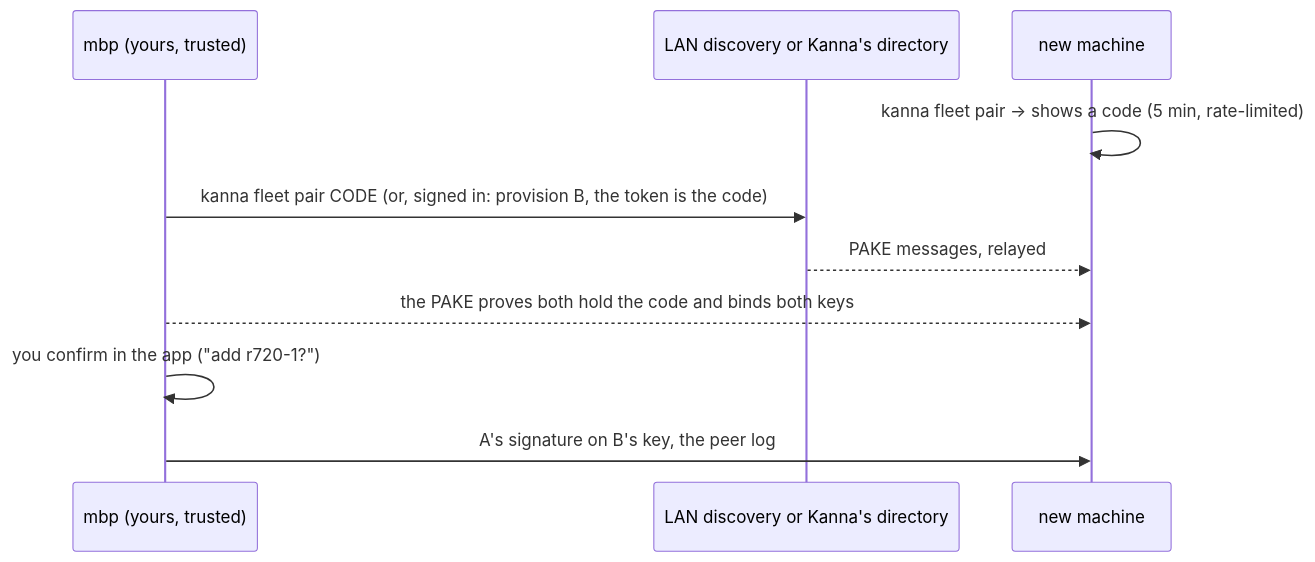
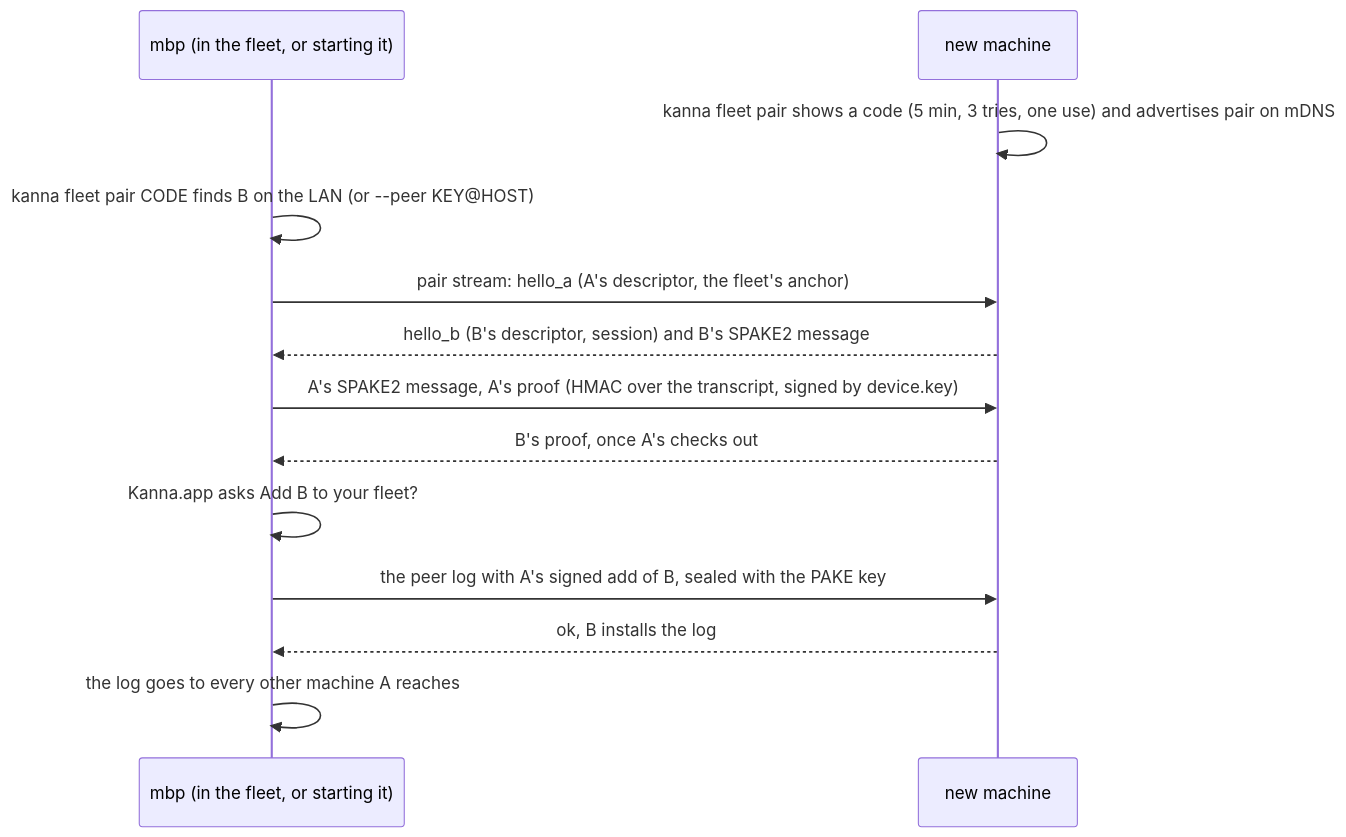
The diagram in docs/specs/fleet-identity.md (tampopogk/kanna), drawn with Mermaid before and after one commit. The commit also changed other lines of this file and 7 other files, not shown here.

First line of the commit message:
Kanna.app confirms a new machine; the spec and the pairing model follow the product

````diff
--- a/docs/specs/fleet-identity.md
+++ b/docs/specs/fleet-identity.md
@@ -29,12 +30,15 @@
 ```mermaid
 sequenceDiagram
-    participant A as mbp (yours, trusted)
-    participant DIR as LAN discovery or Kanna's directory
+    participant A as mbp (in the fleet, or starting it)
     participant B as new machine
-    B->>B: kanna fleet pair → shows a code (5 min, rate-limited)
-    A->>DIR: kanna fleet pair CODE (or, signed in: provision B, the token is the code)
-    DIR-->>B: PAKE messages, relayed
-    A-->>B: the PAKE proves both hold the code and binds both keys
-    A->>A: you confirm in the app ("add r720-1?")
-    A->>B: A's signature on B's key, the peer log
+    B->>B: kanna fleet pair shows a code (5 min, 3 tries, one use) and advertises pair on mDNS
+    A->>A: kanna fleet pair CODE finds B on the LAN (or --peer KEY@HOST)
+    A->>B: pair stream: hello_a (A's descriptor, the fleet's anchor)
+    B-->>A: hello_b (B's descriptor, session) and B's SPAKE2 message
+    A->>B: A's SPAKE2 message, A's proof (HMAC over the transcript, signed by device.key)
+    B-->>A: B's proof, once A's checks out
+    A->>A: Kanna.app asks Add B to your fleet?
+    A->>B: the peer log with A's signed add of B, sealed with the PAKE key
+    B-->>A: ok, B installs the log
+    A->>A: the log goes to every other machine A reaches
 ```
````
